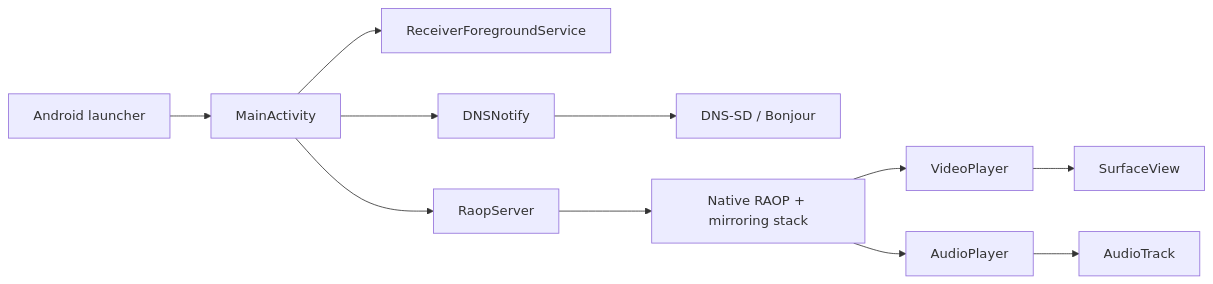
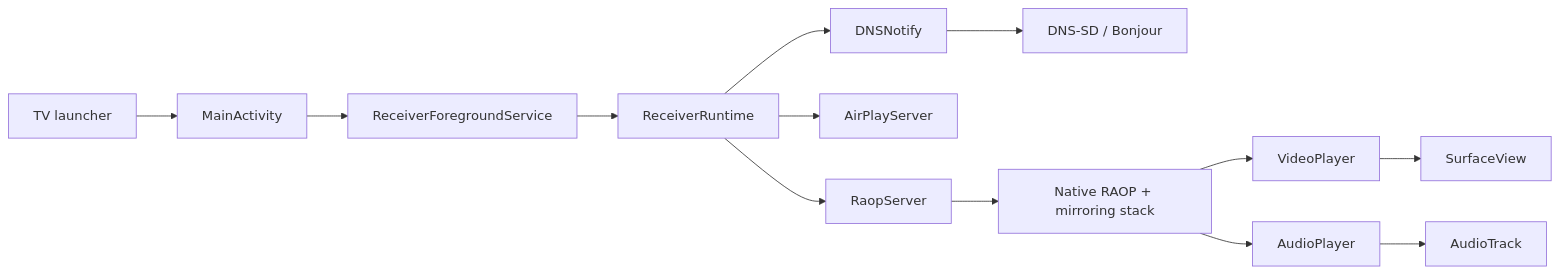
One commit to lekandigital/kotlin-airplay-receiver changed the diagram in docs/architecture.md. Above: the diagram before and after it, drawn with Mermaid. The commit also changed other lines of this file and 27 other files, not shown here.

Commit message:
feat: implement pairing flow with PIN authentication, add spectrum visualizer, and enhance diagnostics reporting

````diff
--- a/docs/architecture.md
+++ b/docs/architecture.md
@@ -19,13 +17,15 @@
 ```mermaid
 flowchart LR
-    Launcher["Android launcher"] --> Activity["MainActivity"]
-    Activity --> Foreground["ReceiverForegroundService"]
-    Activity --> RAOP["RaopServer"]
-    Activity --> DNS["DNSNotify"]
+    Launcher["TV launcher"] --> Activity["MainActivity"]
+    Activity --> Service["ReceiverForegroundService"]
+    Service --> Runtime["ReceiverRuntime"]
+    Runtime --> DNS["DNSNotify"]
+    Runtime --> AirPlay["AirPlayServer"]
+    Runtime --> RAOP["RaopServer"]
     DNS --> Bonjour["DNS-SD / Bonjour"]
     RAOP --> Native["Native RAOP + mirroring stack"]
     Native --> Video["VideoPlayer"]
     Native --> Audio["AudioPlayer"]
     Video --> Surface["SurfaceView"]
     Audio --> Track["AudioTrack"]
 ```
````
